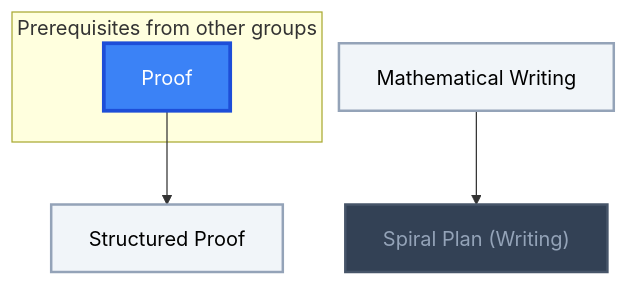
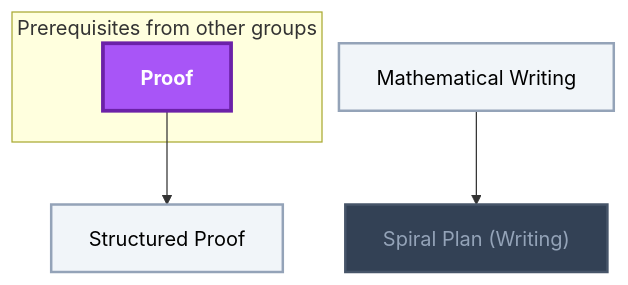
Before and after one commit to MRauf1/My-Notes: the third of 3 diagrams in Gamification/Skill Trees/Miscellaneous (Mathematics).md, drawn with Mermaid. The commit also changed 145 other files, not shown here.

````diff
--- a/Gamification/Skill Trees/Miscellaneous (Mathematics).md
+++ b/Gamification/Skill Trees/Miscellaneous (Mathematics).md
@@ -64,24 +64,24 @@
 ```mermaid
 flowchart TD
     classDef planned fill:#1E293B,stroke:#64748B,stroke-width:2px,stroke-dasharray:5 5,color:#94A3B8;
     classDef locked fill:#334155,stroke:#475569,stroke-width:2px,color:#94A3B8;
     classDef L0 fill:#F1F5F9,stroke:#94A3B8,stroke-width:2px,color:#000000;
     classDef L1 fill:#22C55E,stroke:#15803D,stroke-width:2px,color:#000000;
     classDef L2 fill:#3B82F6,stroke:#1D4ED8,stroke-width:3px,color:#FFFFFF;
     classDef L3 fill:#A855F7,stroke:#6B21A8,stroke-width:3px,color:#FFFFFF,font-weight:bold;
     classDef L4 fill:#F97316,stroke:#C2410C,stroke-width:4px,color:#000000,font-weight:bold;
     classDef L5 fill:#FFD700,stroke:#FF8C00,stroke-width:5px,color:#000000,font-weight:bold;
     classDef rusty stroke:#8B4513,stroke-width:4px,stroke-dasharray:3 3;
     subgraph sg_prereqs["Prerequisites from other groups"]
         n_proof["Proof"]
     end
     n_mathematical_writing["Mathematical Writing"]
     n_spiral_plan_writing["Spiral Plan (Writing)"]
     n_structured_proof["Structured Proof"]
     n_mathematical_writing --> n_spiral_plan_writing
     n_proof --> n_structured_proof
     class n_spiral_plan_writing locked;
     class n_mathematical_writing,n_structured_proof L0;
-    class n_proof L2;
+    class n_proof L3;
     class n_proof,n_mathematical_writing,n_spiral_plan_writing,n_structured_proof internal-link;
 ```
````
